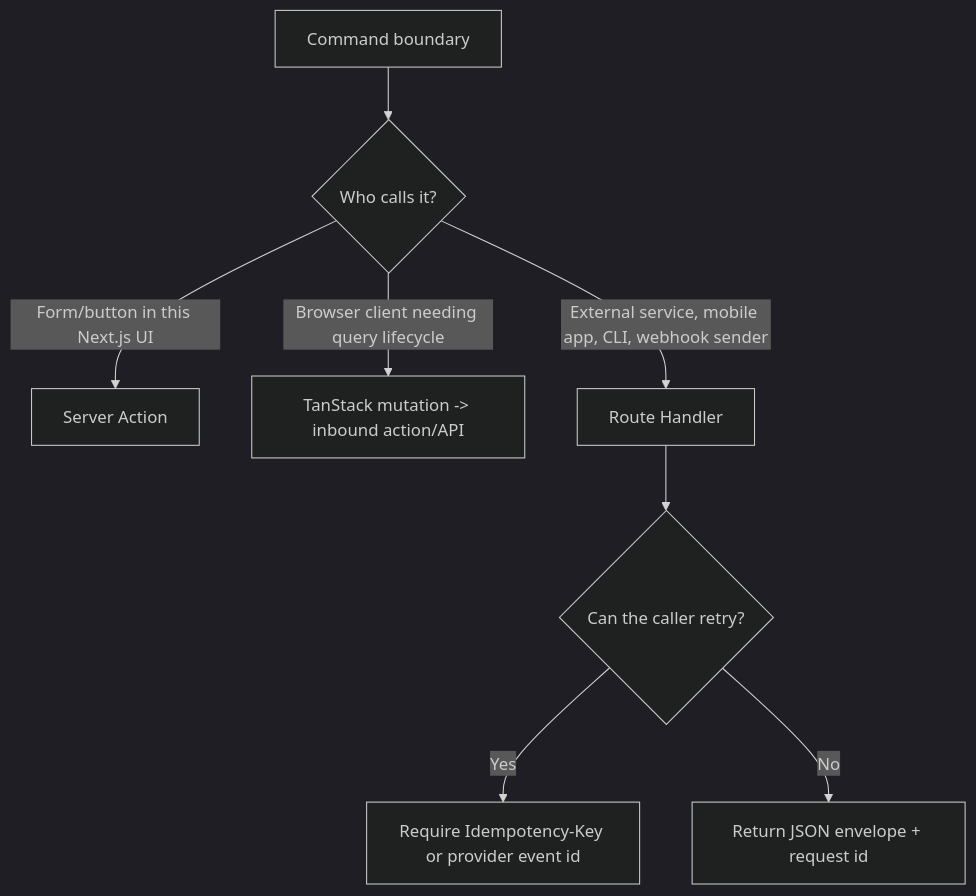
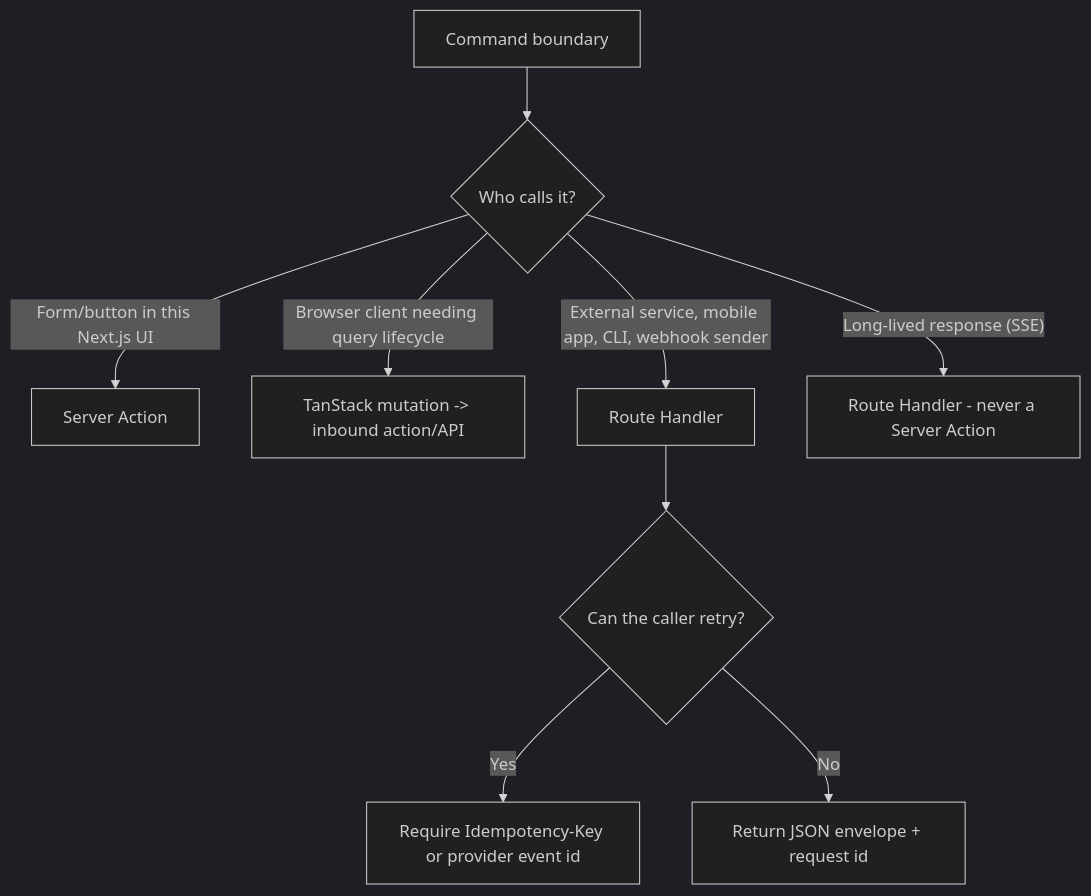
One commit to clicktronix/nextjs-clean-skills changed the fourth of 5 diagrams in docs/agent-decision-maps.md. Above: the diagram before and after it, drawn with Mermaid (dark theme). The commit also changed other lines of this file and 68 other files, not shown here.

````diff
--- a/docs/agent-decision-maps.md
+++ b/docs/agent-decision-maps.md
@@ -55,10 +81,11 @@
 ```mermaid
 flowchart TD
   Command["Command boundary"] --> Caller{"Who calls it?"}
   Caller -->|Form/button in this Next.js UI| Action["Server Action"]
-  Caller -->|Browser client needing query lifecycle| ServerState["TanStack mutation -> inbound action/API"]
+  Caller -->|Browser client needing query lifecycle| ClientCache["TanStack mutation -> inbound action/API"]
   Caller -->|External service, mobile app, CLI, webhook sender| Route["Route Handler"]
+  Caller -->|"Long-lived response (SSE)"| Stream["Route Handler - never a Server Action"]
   Route --> Retry{"Can the caller retry?"}
   Retry -->|Yes| Idempotency["Require Idempotency-Key or provider event id"]
   Retry -->|No| Envelope["Return JSON envelope + request id"]
 ```
````
